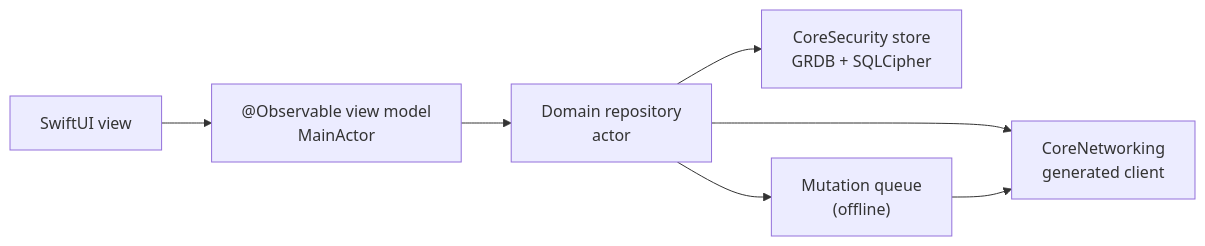
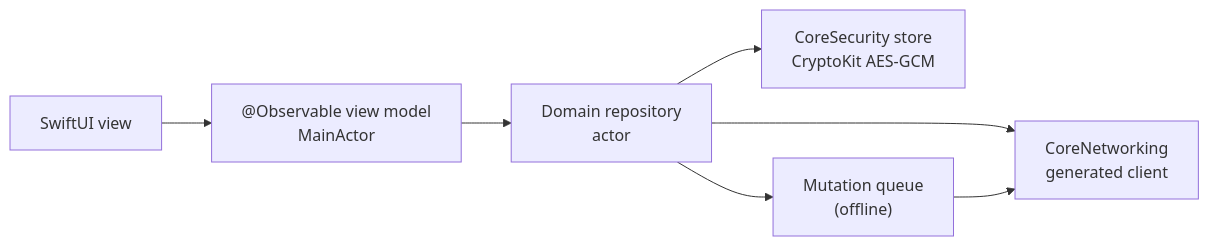
The second of 2 diagrams in docs/IOS_ARCHITECTURE.md (cgibson24/Aestara), drawn with Mermaid before and after one commit. The commit also changed other lines of this file and 23 other files, not shown here.

````diff
--- a/docs/IOS_ARCHITECTURE.md
+++ b/docs/IOS_ARCHITECTURE.md
@@ -148,9 +148,9 @@
 ```mermaid
 flowchart LR
   view["SwiftUI view"] --> model["@Observable view model<br/>MainActor"]
   model --> repo["Domain repository<br/>actor"]
   repo --> client["CoreNetworking<br/>generated client"]
-  repo --> store["CoreSecurity store<br/>GRDB + SQLCipher"]
+  repo --> store["CoreSecurity store<br/>CryptoKit AES-GCM"]
   repo --> queue["Mutation queue<br/>(offline)"]
   queue --> client
 ```
````
